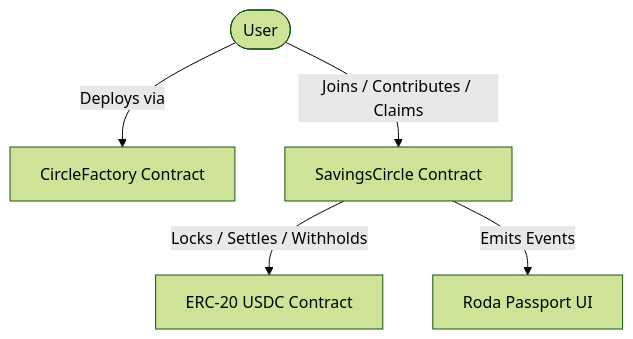
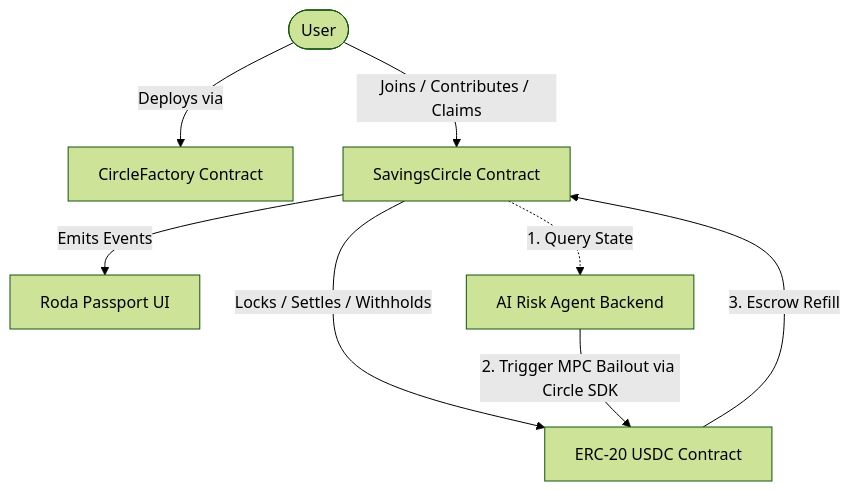
One commit to Lesnak1/Roda changed the diagram in README.md. Above: the diagram before and after it, drawn with Mermaid (forest theme). The commit also changed other lines of this file, not shown here.

````diff
--- a/README.md
+++ b/README.md
@@ -34,13 +35,18 @@
 ```mermaid
 flowchart TD
     User([User])
     Factory[CircleFactory Contract]
     Circle[SavingsCircle Contract]
     USDC[ERC-20 USDC Contract]
     Rep[Roda Passport UI]
+    AIAgent[AI Risk Agent Backend]
 
     User -->|Deploys via| Factory
     User -->|Joins / Contributes / Claims| Circle
     Circle -->|Locks / Settles / Withholds| USDC
     Circle -->|Emits Events| Rep
+    
+    Circle -.->|1. Query State| AIAgent
+    AIAgent -->|2. Trigger MPC Bailout via Circle SDK| USDC
+    USDC -->|3. Escrow Refill| Circle
 ```
````
